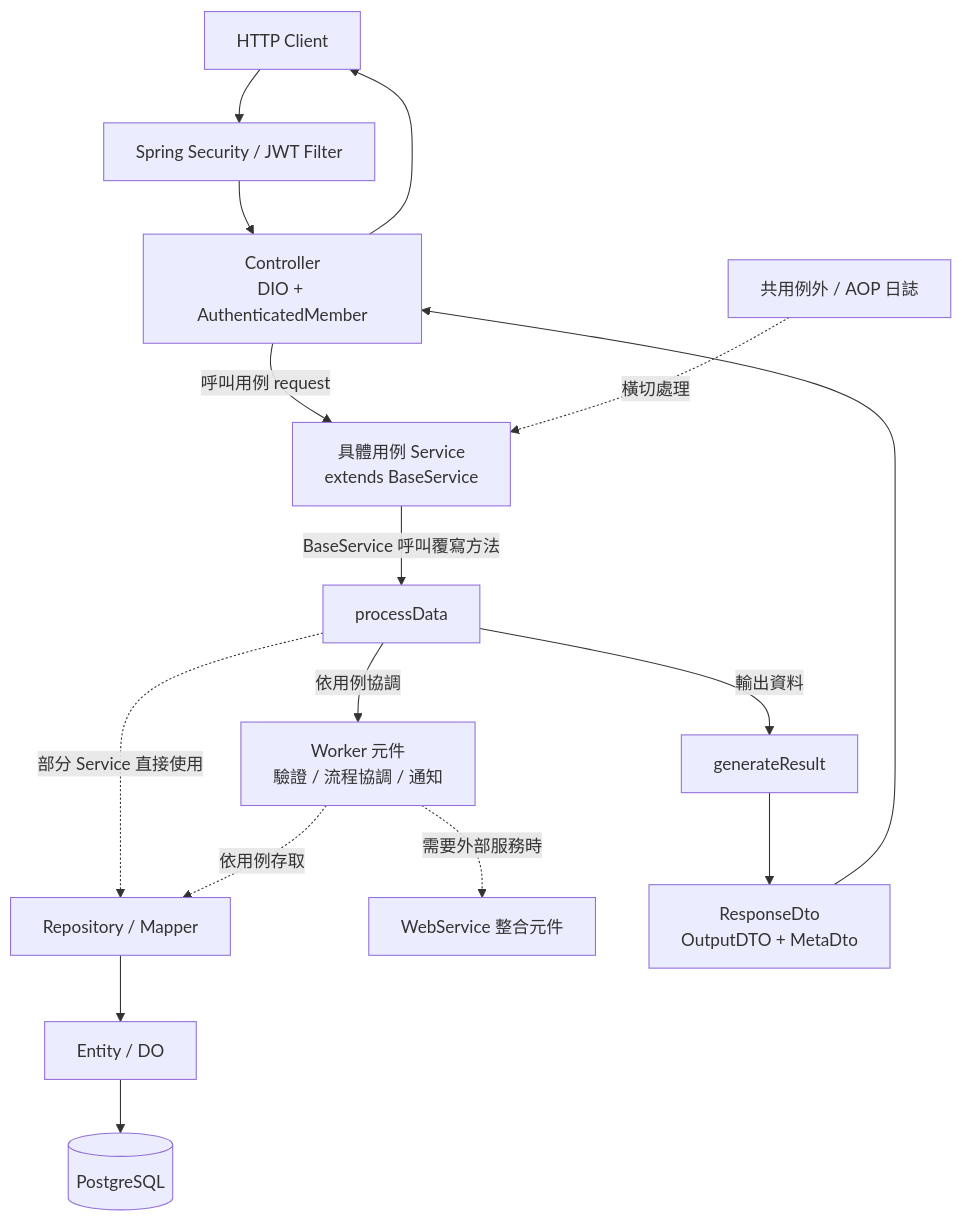
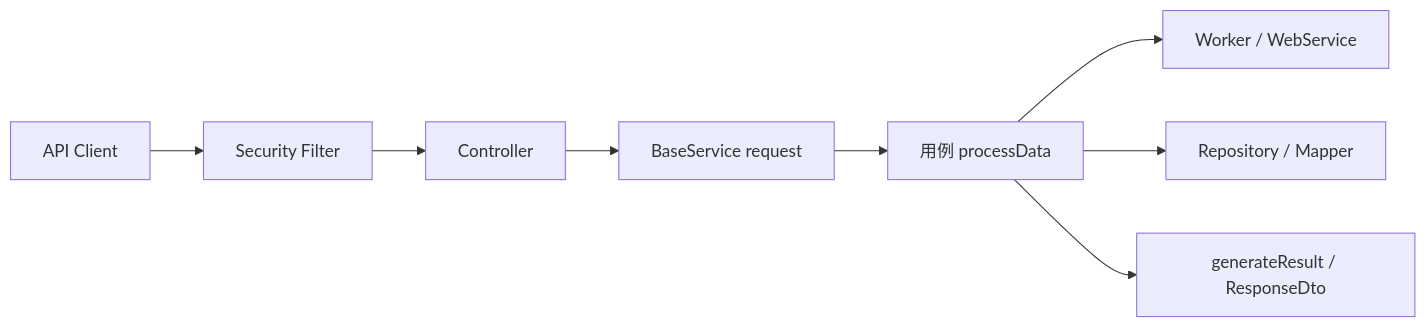
The diagram in docs/architecture.md (highhao/insurance-saas-platform), drawn with Mermaid before and after one commit. The commit also changed other lines of this file and 2 other files, not shown here.

Commit message:
Simplify portfolio diagrams and documentation

````diff
--- a/docs/architecture.md
+++ b/docs/architecture.md
@@ -29,18 +26,10 @@
 ```mermaid
-flowchart TB
-    Client[HTTP Client] --> Security[Spring Security / JWT Filter]
-    Security --> Controller[Controller<br/>DIO + AuthenticatedMember]
-    Controller -->|呼叫用例 request| UseCase[具體用例 Service<br/>extends BaseService]
-    UseCase -->|BaseService 呼叫覆寫方法| Process[processData]
-    Process -->|依用例協調| Workers[Worker 元件<br/>驗證 / 流程協調 / 通知]
-    Process -.部分 Service 直接使用.-> DataAccess[Repository / Mapper]
-    Workers -.依用例存取.-> DataAccess
-    Workers -.需要外部服務時.-> WebService[WebService 整合元件]
-    DataAccess --> Models[Entity / DO]
-    Models --> DB[(PostgreSQL)]
-    Process -->|輸出資料| Generate[generateResult]
-    Generate --> Response[ResponseDto<br/>OutputDTO + MetaDto]
-    Response --> Controller
-    Controller --> Client
-    CrossCutting[共用例外 / AOP 日誌] -.橫切處理.-> UseCase
+flowchart LR
+    Client[API Client] --> Security[Security Filter]
+    Security --> Controller[Controller]
+    Controller --> Request[BaseService request]
+    Request --> Process[用例 processData]
+    Process --> Worker[Worker / WebService]
+    Process --> Store[Repository / Mapper]
+    Process --> Result[generateResult / ResponseDto]
 ```
````
